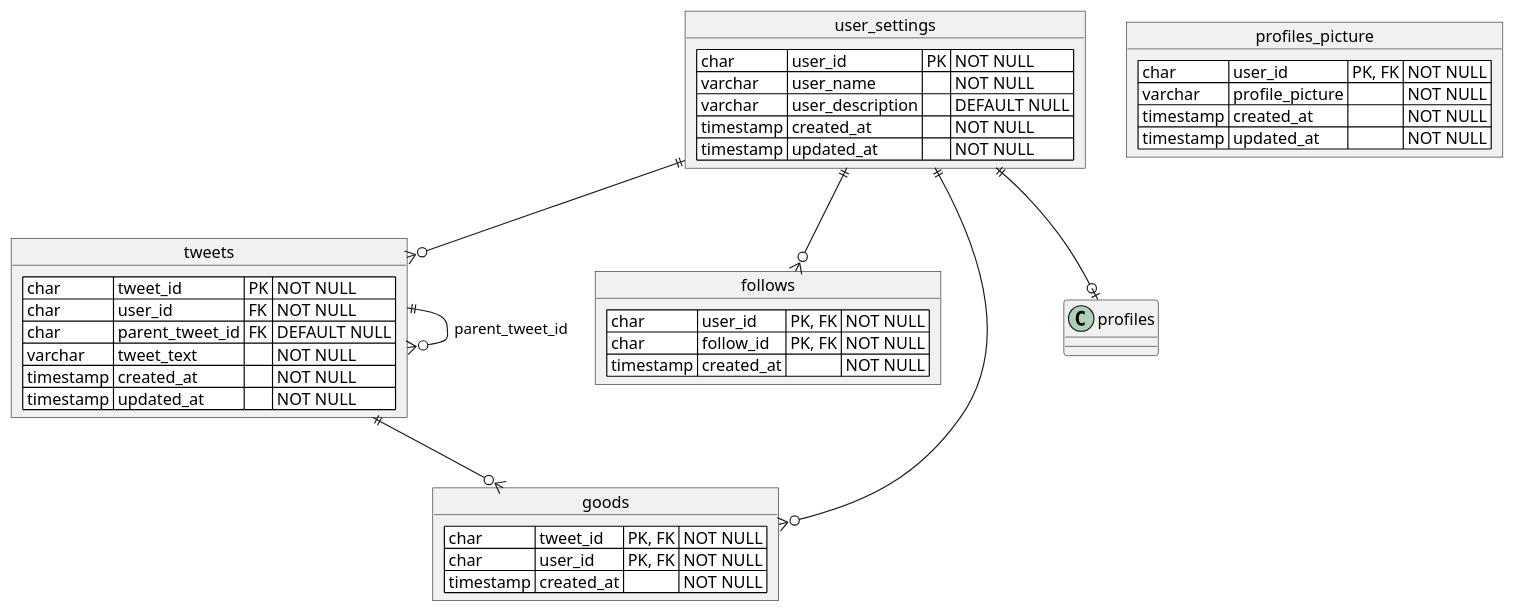
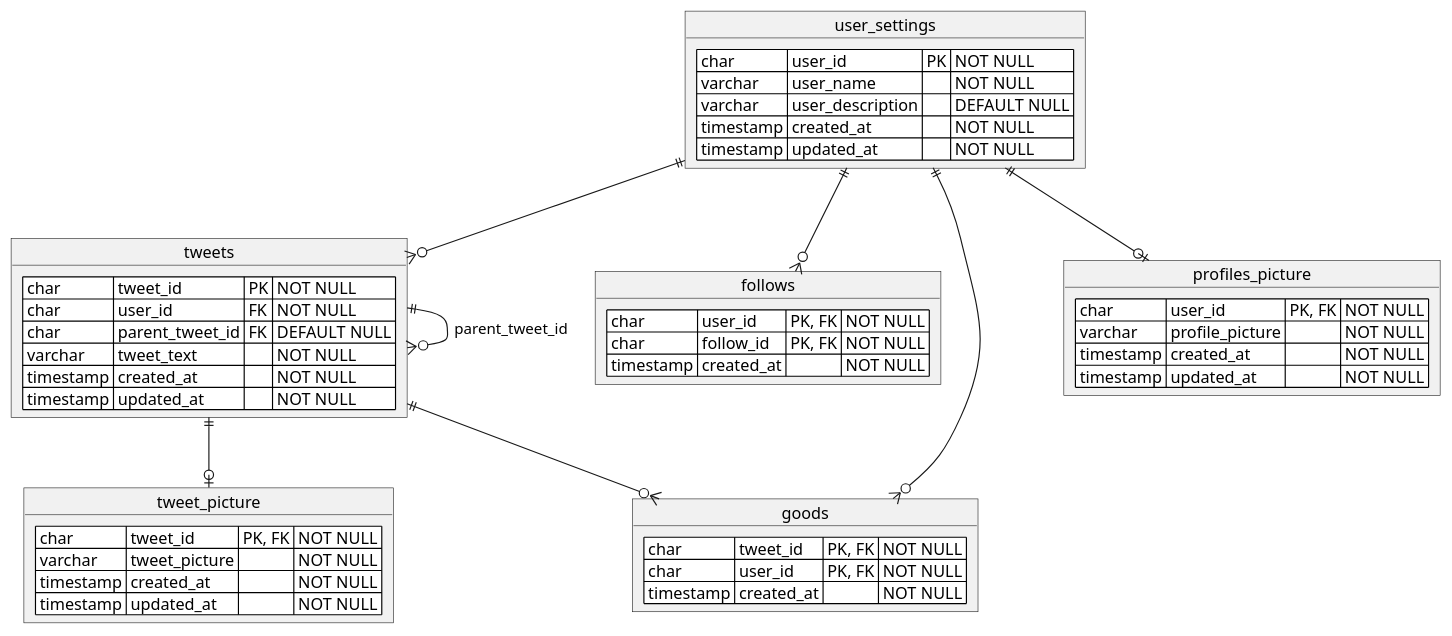
The diagram in docs/erd.puml (tetsushi-yamada/hackathon_backend), drawn with PlantUML before and after one commit. The commit also changed 23 other files, not shown here.

```diff
--- a/docs/erd.puml
+++ b/docs/erd.puml
@@ -1,46 +1,54 @@
 @startuml
 
 object user_settings {
     <#white>| char | user_id | PK | NOT NULL |
     <#white>| varchar | user_name | | NOT NULL |
     <#white>| varchar | user_description | | DEFAULT NULL |
     <#white>| timestamp | created_at | | NOT NULL |
     <#white>| timestamp | updated_at | | NOT NULL |
 }
 
 object tweets {
     <#white>| char | tweet_id | PK | NOT NULL |
     <#white>| char | user_id | FK | NOT NULL |
     <#white>| char | parent_tweet_id | FK | DEFAULT NULL |
     <#white>| varchar | tweet_text | | NOT NULL |
     <#white>| timestamp | created_at | | NOT NULL |
     <#white>| timestamp | updated_at | | NOT NULL |
 }
 
 object follows {
     <#white>| char | user_id | PK, FK | NOT NULL |
     <#white>| char | follow_id | PK, FK | NOT NULL |
     <#white>| timestamp | created_at | | NOT NULL |
 }
 
 object goods {
     <#white>| char | tweet_id | PK, FK | NOT NULL |
     <#white>| char | user_id | PK, FK | NOT NULL |
     <#white>| timestamp | created_at | | NOT NULL |
 }
 
 object profiles_picture {
     <#white>| char | user_id | PK, FK | NOT NULL |
     <#white>| varchar | profile_picture | | NOT NULL |
     <#white>| timestamp | created_at | | NOT NULL |
     <#white>| timestamp | updated_at | | NOT NULL |
 }
 
+object tweet_picture {
+    <#white>| char | tweet_id | PK, FK | NOT NULL |
+    <#white>| varchar | tweet_picture | | NOT NULL |
+    <#white>| timestamp | created_at | | NOT NULL |
+    <#white>| timestamp | updated_at | | NOT NULL |
+}
+
 user_settings ||--o{ tweets
 user_settings ||--o{ follows
 tweets ||--o{ goods
 user_settings ||--o{ goods
 tweets ||--o{ tweets : parent_tweet_id
-user_settings ||--o| profiles
+user_settings ||--o| profiles_picture
+tweets ||--o| tweet_picture
 
 @enduml
```
